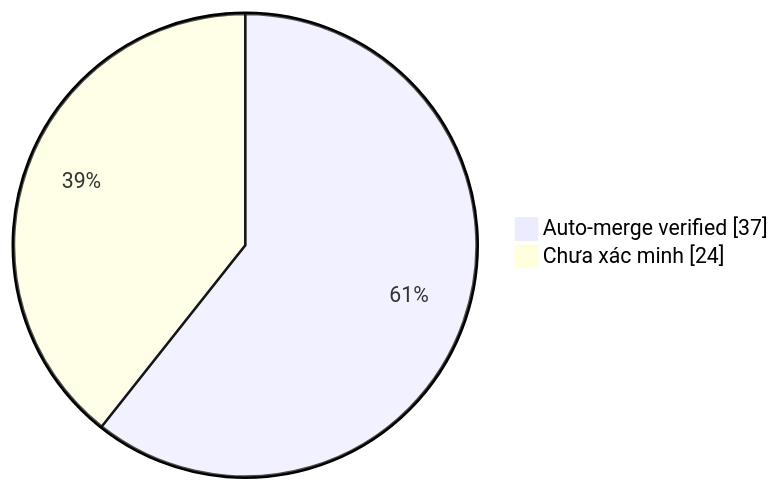
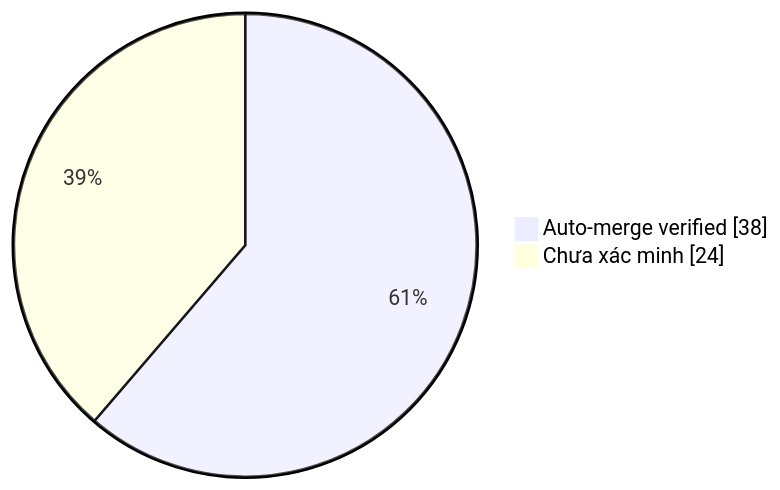
One commit to duykhang68/tetdinhmuiblog changed the diagram in collector.md. Above: the diagram before and after it, drawn with Mermaid. The commit also changed other lines of this file and 1 other file, not shown here.

Commit message:
docs(collector): update auto-merge evidence dashboard

````diff
--- a/collector.md
+++ b/collector.md
@@ -22,5 +22,5 @@
 ```mermaid
 pie showData
-    "Auto-merge verified" : 37
+    "Auto-merge verified" : 38
     "Chưa xác minh" : 24
 ```
````
